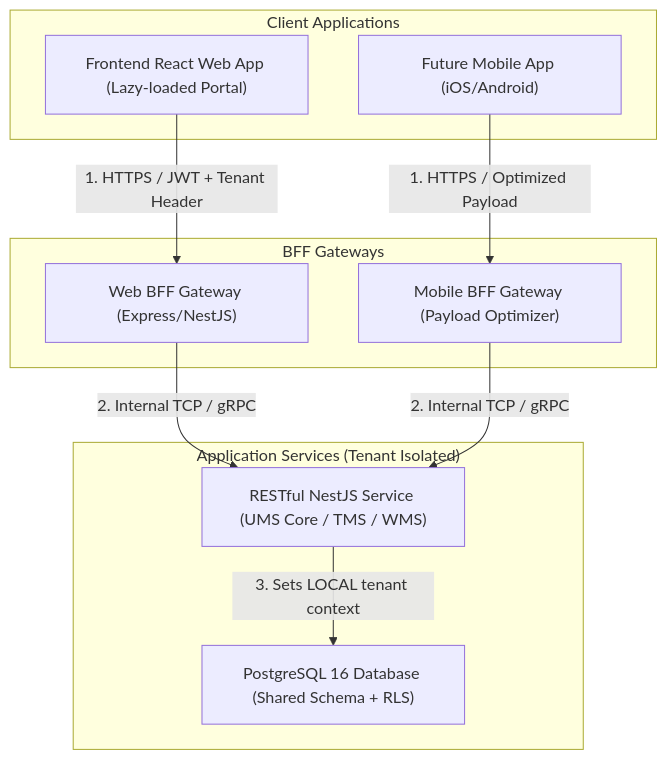
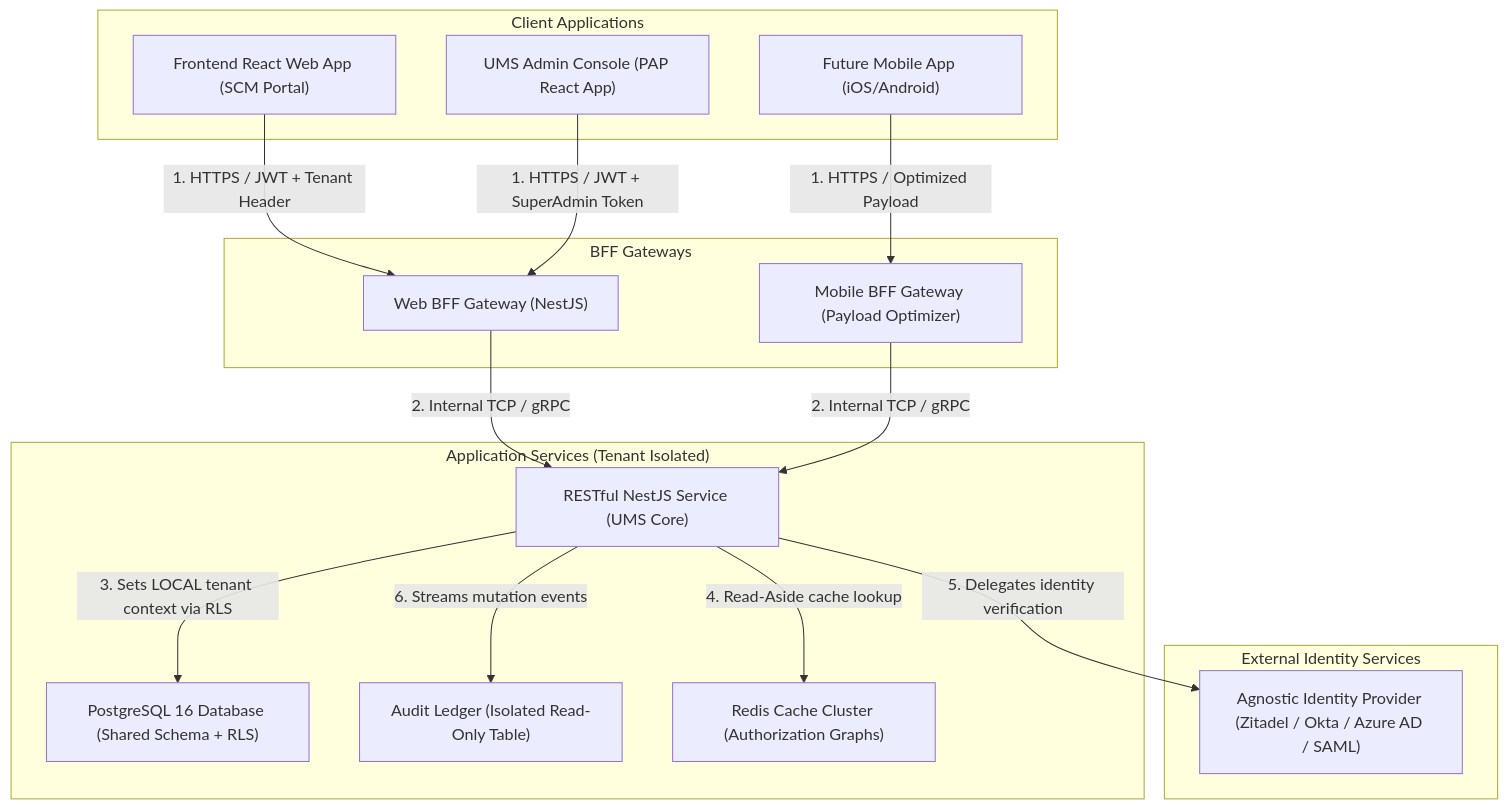
Before and after one commit to beyondnetcode/arc32_nodejs_progresive_monolith: the second of 3 diagrams in ums-workspace/docs/02-architecture/architecture-spec.md, drawn with Mermaid. The commit also changed other lines of this file and 10 other files, not shown here.

Commit message:
docs(bmad): resolve all critical audit findings - bounded context map, BRANCH entity, UC-04 to UC-08, C4 L1/L2 updates, scope fix, glossary expansion

````diff
--- a/ums-workspace/docs/02-architecture/architecture-spec.md
+++ b/ums-workspace/docs/02-architecture/architecture-spec.md
@@ -58,23 +62,34 @@
 ```mermaid
 graph TD
     subgraph Clients["Client Applications"]
-        ReactApp["Frontend React Web App (Lazy-loaded Portal)"]
+        ReactApp["Frontend React Web App (SCM Portal)"]
+        AdminApp["UMS Admin Console (PAP React App)"]
         MobileApp["Future Mobile App (iOS/Android)"]
     end
 
     subgraph Gateways["BFF Gateways"]
-        WebBFF["Web BFF Gateway (Express/NestJS)"]
+        WebBFF["Web BFF Gateway (NestJS)"]
         MobileBFF["Mobile BFF Gateway (Payload Optimizer)"]
     end
 
     subgraph Server["Application Services (Tenant Isolated)"]
-        NestAPI["RESTful NestJS Service (UMS Core / TMS / WMS)"]
+        NestAPI["RESTful NestJS Service (UMS Core)"]
         PostgresDB["PostgreSQL 16 Database (Shared Schema + RLS)"]
+        AuditDB["Audit Ledger (Isolated Read-Only Table)"]
+        RedisCache["Redis Cache Cluster (Authorization Graphs)"]
+    end
+
+    subgraph ExternalServices["External Identity Services"]
+        ExternalIdP["Agnostic Identity Provider (Zitadel / Okta / Azure AD / SAML)"]
     end
 
     ReactApp -->|1. HTTPS / JWT + Tenant Header| WebBFF
+    AdminApp -->|1. HTTPS / JWT + SuperAdmin Token| WebBFF
     MobileApp -->|1. HTTPS / Optimized Payload| MobileBFF
     WebBFF -->|2. Internal TCP / gRPC| NestAPI
     MobileBFF -->|2. Internal TCP / gRPC| NestAPI
-    NestAPI -->|3. Sets LOCAL tenant context| PostgresDB
+    NestAPI -->|3. Sets LOCAL tenant context via RLS| PostgresDB
+    NestAPI -->|4. Read-Aside cache lookup| RedisCache
+    NestAPI -->|5. Delegates identity verification| ExternalIdP
+    NestAPI -->|6. Streams mutation events| AuditDB
 ```
````
